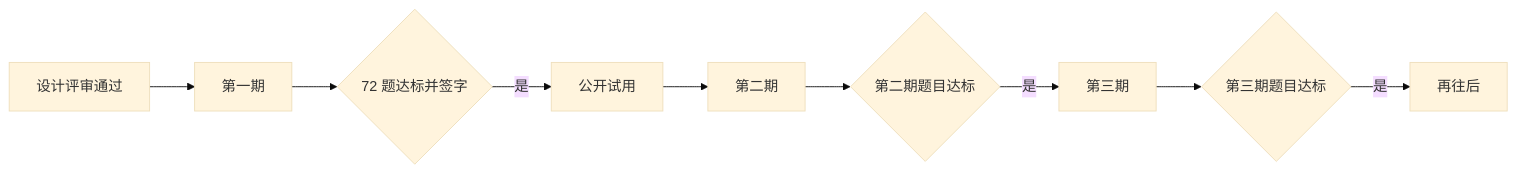
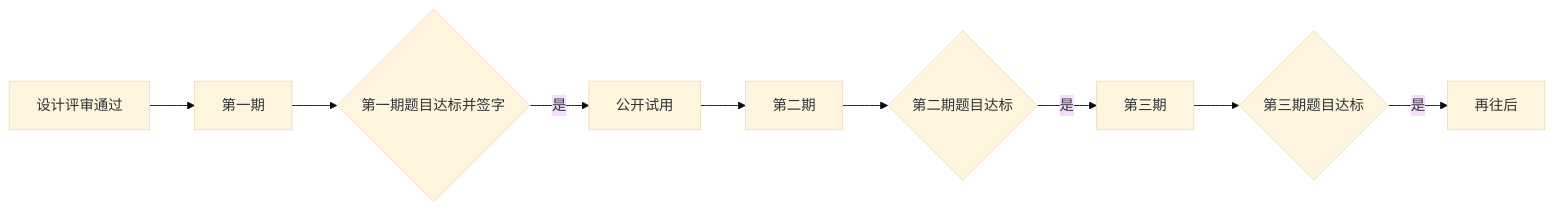
One commit to MingHao00/ElderBrain changed the diagram in design/09-phasing.md. Above: the diagram before and after it, drawn with Mermaid (base theme). The commit also changed other lines of this file and 125 other files, not shown here.

````diff
--- a/design/09-phasing.md
+++ b/design/09-phasing.md
@@ -82,11 +82,11 @@
 ```mermaid
 flowchart LR
     Review[设计评审通过] --> P1[第一期]
-    P1 --> Gate1{72 题达标并签字}
+    P1 --> Gate1{第一期题目达标并签字}
     Gate1 -->|是| Launch[公开试用]
     Launch --> P2[第二期]
     P2 --> Gate2{第二期题目达标}
     Gate2 -->|是| P3[第三期]
     P3 --> Gate3{第三期题目达标}
     Gate3 -->|是| Later[再往后]
 ```
````
